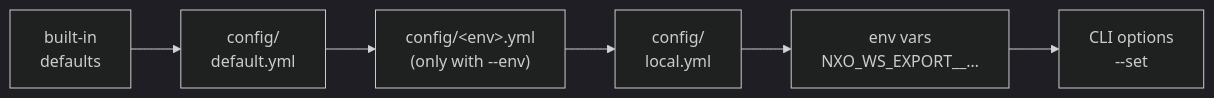
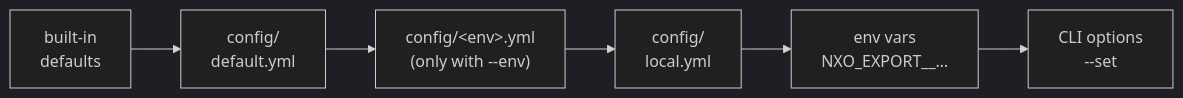
The third of 4 diagrams in README.md (NextOracle/nxo-export), drawn with Mermaid (dark theme) before and after one commit. The commit also changed other lines of this file and 24 other files, not shown here.

Commit message:
Rename app to nxo-export (package nxo_export, env NXO_EXPORT__*)

````diff
--- a/README.md
+++ b/README.md
@@ -225,4 +225,4 @@
 ```mermaid
 flowchart LR
-    D["built-in<br/>defaults"] --> Y["config/<br/>default.yml"] --> E["config/&lt;env&gt;.yml<br/>(only with --env)"] --> L["config/<br/>local.yml"] --> V["env vars<br/>NXO_WS_EXPORT__…"] --> CLI["CLI options<br/>--set"]
+    D["built-in<br/>defaults"] --> Y["config/<br/>default.yml"] --> E["config/&lt;env&gt;.yml<br/>(only with --env)"] --> L["config/<br/>local.yml"] --> V["env vars<br/>NXO_EXPORT__…"] --> CLI["CLI options<br/>--set"]
 ```
````
